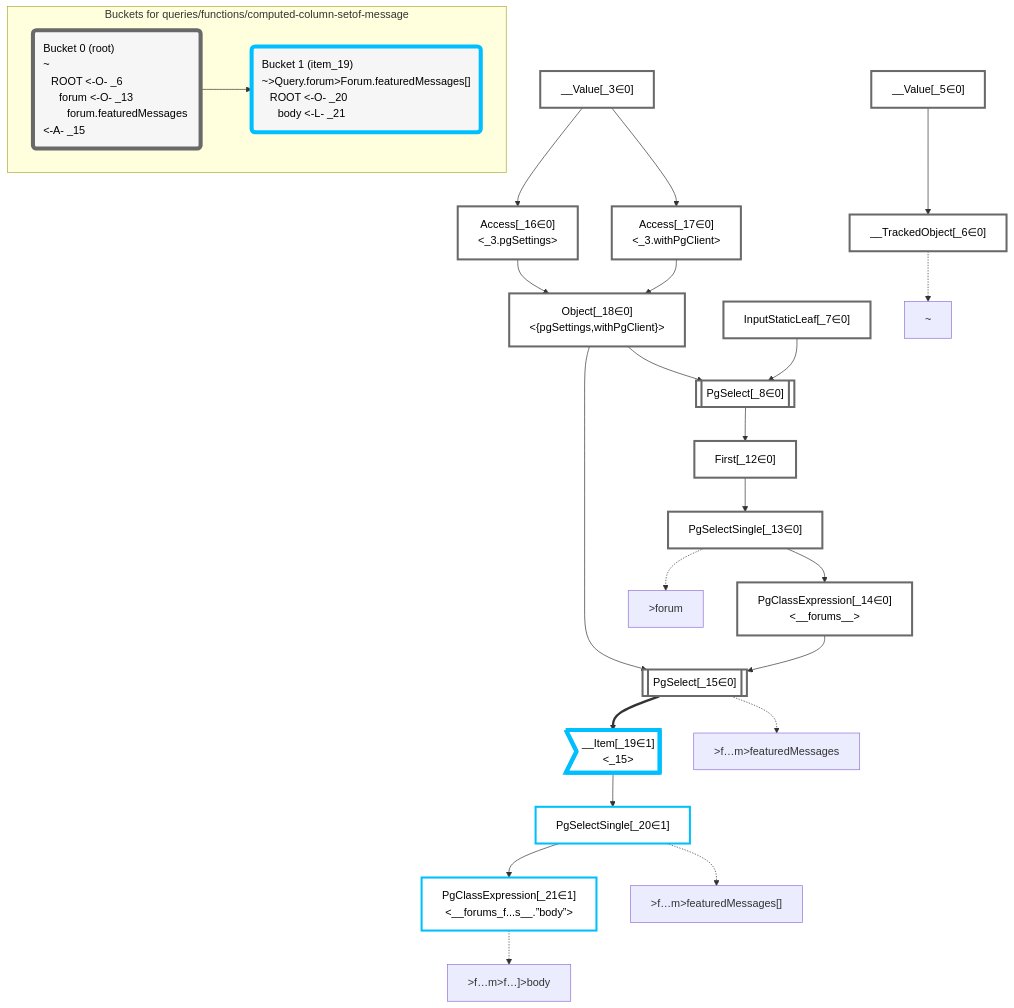
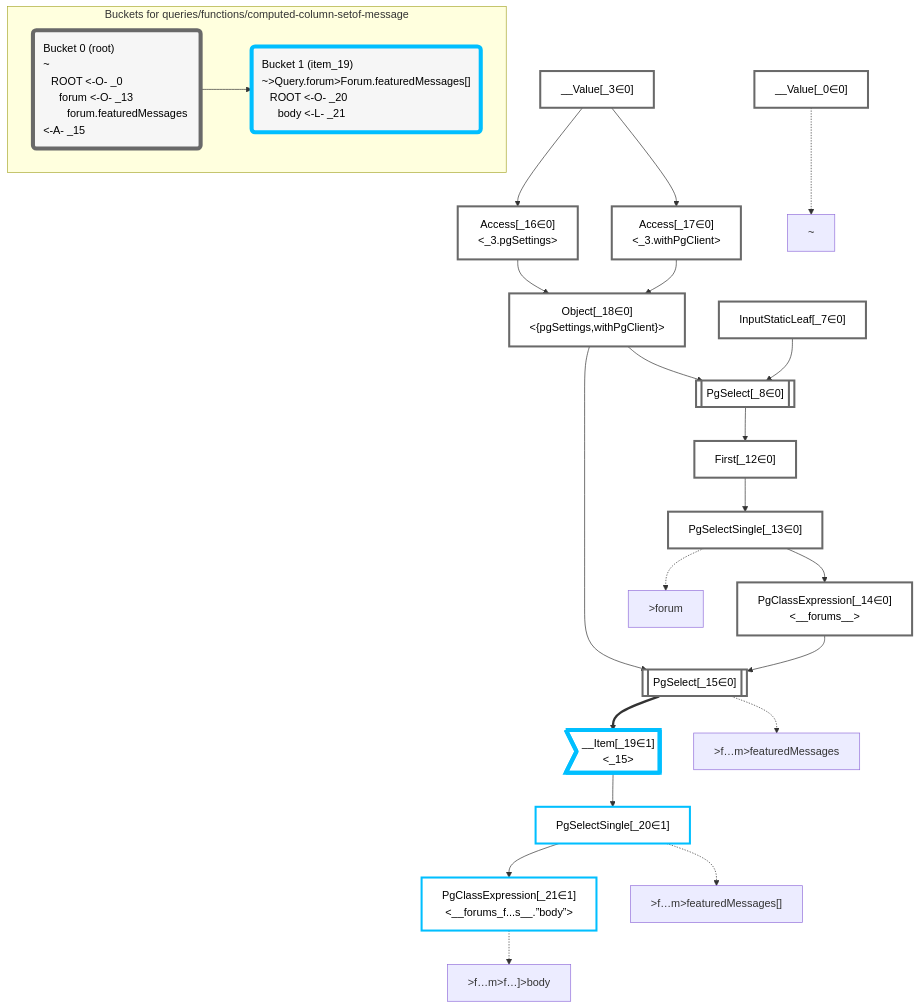
Before and after one commit to graphile/crystal: the diagram in packages/dataplan-pg/__tests__/queries/functions/computed-column-setof-message.deopt.mermaid.md, drawn with Mermaid. The commit also changed 193 other files, not shown here.

Commit message:
Update test plan snapshots with new root plan

````diff
--- a/packages/dataplan-pg/__tests__/queries/functions/computed-column-setof-message.deopt.mermaid.md
+++ b/packages/dataplan-pg/__tests__/queries/functions/computed-column-setof-message.deopt.mermaid.md
@@ -1,69 +1,67 @@
 ```mermaid
 graph TD
     classDef path fill:#eee,stroke:#000,color:#000
     classDef plan fill:#fff,stroke-width:3px,color:#000
     classDef itemplan fill:#fff,stroke-width:6px,color:#000
     classDef sideeffectplan fill:#f00,stroke-width:6px,color:#000
     classDef bucket fill:#f6f6f6,color:#000,stroke-width:6px,text-align:left
 
 
     %% define plans
+    __Value_0["__Value[_0∈0]"]:::plan
     __Value_3["__Value[_3∈0]<br /><context>"]:::plan
-    __Value_5["__Value[_5∈0]<br /><rootValue>"]:::plan
-    __TrackedObject_6["__TrackedObject[_6∈0]"]:::plan
     InputStaticLeaf_7["InputStaticLeaf[_7∈0]"]:::plan
     PgSelect_8[["PgSelect[_8∈0]<br /><forums>"]]:::plan
     First_12["First[_12∈0]"]:::plan
     PgSelectSingle_13["PgSelectSingle[_13∈0]<br /><forums>"]:::plan
     PgClassExpression_14["PgClassExpression[_14∈0]<br /><__forums__>"]:::plan
     PgSelect_15[["PgSelect[_15∈0]<br /><forums_featured_messages>"]]:::plan
     Access_16["Access[_16∈0]<br /><_3.pgSettings>"]:::plan
     Access_17["Access[_17∈0]<br /><_3.withPgClient>"]:::plan
     Object_18["Object[_18∈0]<br /><{pgSettings,withPgClient}>"]:::plan
     __Item_19>"__Item[_19∈1]<br /><_15>"]:::itemplan
     PgSelectSingle_20["PgSelectSingle[_20∈1]<br /><forums_featured_messages>"]:::plan
     PgClassExpression_21["PgClassExpression[_21∈1]<br /><__forums_f...s__.”body”>"]:::plan
 
     %% plan dependencies
-    __Value_5 --> __TrackedObject_6
     Object_18 --> PgSelect_8
     InputStaticLeaf_7 --> PgSelect_8
     PgSelect_8 --> First_12
     First_12 --> PgSelectSingle_13
     PgSelectSingle_13 --> PgClassExpression_14
     Object_18 --> PgSelect_15
     PgClassExpression_14 --> PgSelect_15
     __Value_3 --> Access_16
     __Value_3 --> Access_17
     Access_16 --> Object_18
     Access_17 --> Object_18
     PgSelect_15 ==> __Item_19
     __Item_19 --> PgSelectSingle_20
     PgSelectSingle_20 --> PgClassExpression_21
 
     %% plan-to-path relationships
-    P_6["~"]
-    __TrackedObject_6 -.-> P_6
+    P_0["~"]
+    __Value_0 -.-> P_0
     P_13[">forum"]
     PgSelectSingle_13 -.-> P_13
     P_15[">f…m>featuredMessages"]
     PgSelect_15 -.-> P_15
     P_20[">f…m>featuredMessages[]"]
     PgSelectSingle_20 -.-> P_20
     P_21[">f…m>f…]>body"]
     PgClassExpression_21 -.-> P_21
 
     %% allocate buckets
     classDef bucket0 stroke:#696969
-    class __Value_3,__Value_5,__TrackedObject_6,InputStaticLeaf_7,PgSelect_8,First_12,PgSelectSingle_13,PgClassExpression_14,PgSelect_15,Access_16,Access_17,Object_18 bucket0
+    class __Value_0,__Value_3,InputStaticLeaf_7,PgSelect_8,First_12,PgSelectSingle_13,PgClassExpression_14,PgSelect_15,Access_16,Access_17,Object_18 bucket0
     classDef bucket1 stroke:#00bfff
     class __Item_19,PgSelectSingle_20,PgClassExpression_21 bucket1
 
     subgraph "Buckets for queries/functions/computed-column-setof-message"
-    Bucket0("Bucket 0 (root)<br />~<br />⠀ROOT <-O- _6<br />⠀⠀forum <-O- _13<br />⠀⠀⠀forum.featuredMessages <-A- _15"):::bucket
+    Bucket0("Bucket 0 (root)<br />~<br />⠀ROOT <-O- _0<br />⠀⠀forum <-O- _13<br />⠀⠀⠀forum.featuredMessages <-A- _15"):::bucket
     style Bucket0 stroke:#696969
     Bucket1("Bucket 1 (item_19)<br />~>Query.forum>Forum.featuredMessages[]<br />⠀ROOT <-O- _20<br />⠀⠀body <-L- _21"):::bucket
     style Bucket1 stroke:#00bfff
     Bucket0 --> Bucket1
     end
 ```
````
